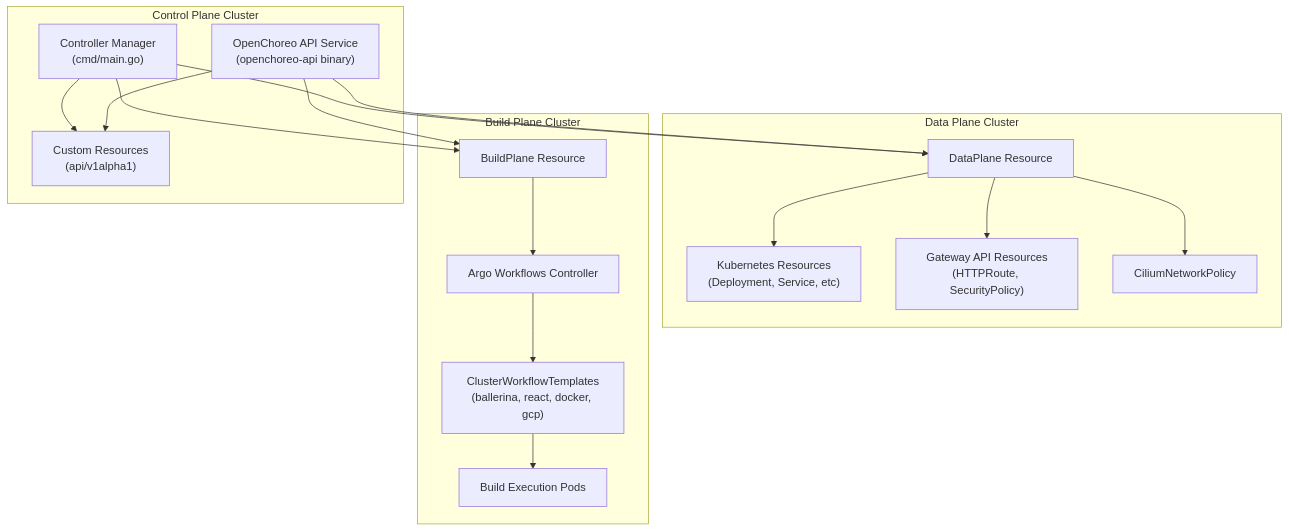
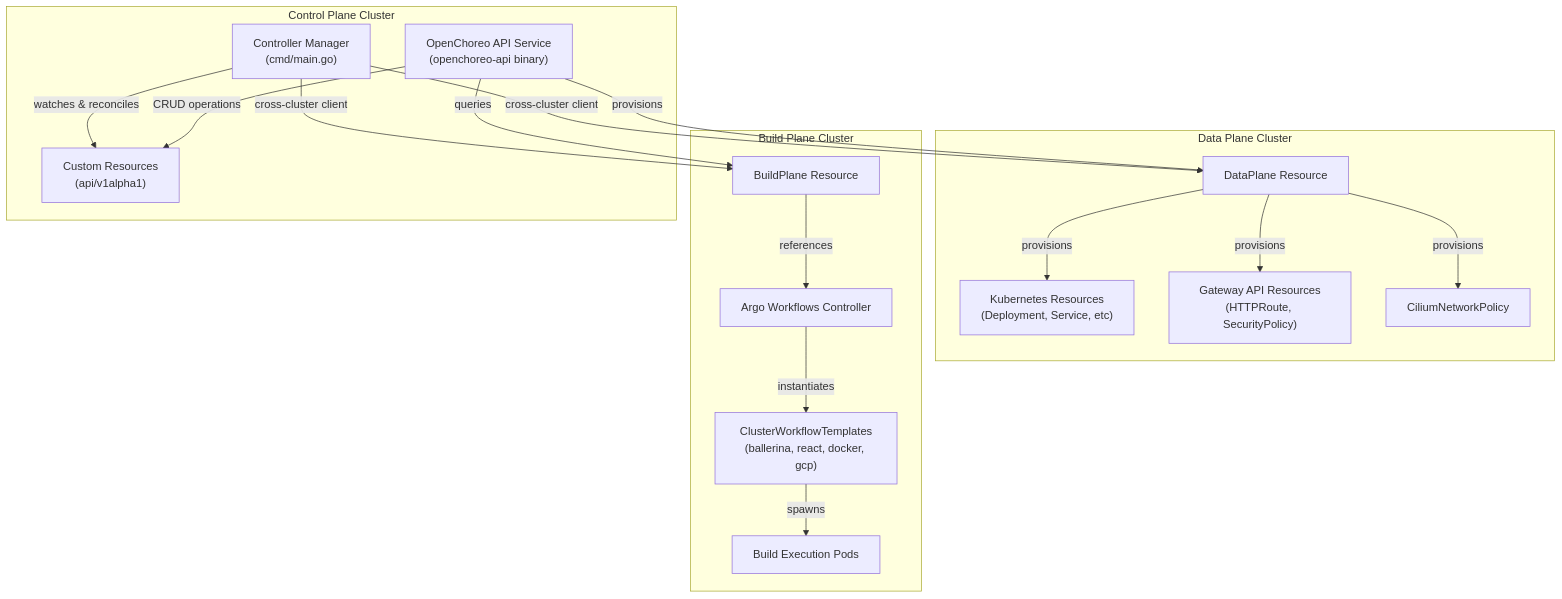
The first of 7 diagrams in docs/deepwiki/Architecture.md (openchoreo/openchoreo), drawn with Mermaid before and after one commit. The commit also changed other lines of this file and 85 other files, not shown here.

Commit message:
feat: Add new workflow and specification templates, update Helm chart dependencies, and clarify documentation diagrams.

````diff
--- a/docs/deepwiki/Architecture.md
+++ b/docs/deepwiki/Architecture.md
@@ -34,48 +34,48 @@
 ```mermaid
 flowchart TD
 
 MGR["Controller Manager<br>(cmd/main.go)"]
 API["OpenChoreo API Service<br>(openchoreo-api binary)"]
 CRDs["Custom Resources<br>(api/v1alpha1)"]
 BP["BuildPlane Resource"]
 ArgoWF["Argo Workflows Controller"]
 CWFT["ClusterWorkflowTemplates<br>(ballerina, react, docker, gcp)"]
 BuildPods["Build Execution Pods"]
 DP["DataPlane Resource"]
 K8sRes["Kubernetes Resources<br>(Deployment, Service, etc)"]
 GW["Gateway API Resources<br>(HTTPRoute, SecurityPolicy)"]
 NP["CiliumNetworkPolicy"]
 
-MGR --> BP
-MGR --> DP
-API --> BP
-API --> DP
+MGR -->|"cross-cluster client"| BP
+MGR -->|"cross-cluster client"| DP
+API -->|"queries"| BP
+API -->|"provisions"| DP
 
 subgraph subGraph2 ["Data Plane Cluster"]
     DP
     K8sRes
     GW
     NP
-    DP --> K8sRes
-    DP --> GW
-    DP --> NP
+    DP -->|"provisions"| K8sRes
+    DP -->|"provisions"| GW
+    DP -->|"provisions"| NP
 end
 
 subgraph subGraph1 ["Build Plane Cluster"]
     BP
     ArgoWF
     CWFT
     BuildPods
-    BP --> ArgoWF
-    ArgoWF --> CWFT
-    CWFT --> BuildPods
+    BP -->|"references"| ArgoWF
+    ArgoWF -->|"instantiates"| CWFT
+    CWFT -->|"spawns"| BuildPods
 end
 
 subgraph subGraph0 ["Control Plane Cluster"]
     MGR
     API
     CRDs
-    MGR --> CRDs
-    API --> CRDs
+    MGR -->|"watches & reconciles"| CRDs
+    API -->|"CRUD operations"| CRDs
 end
 ```
````
